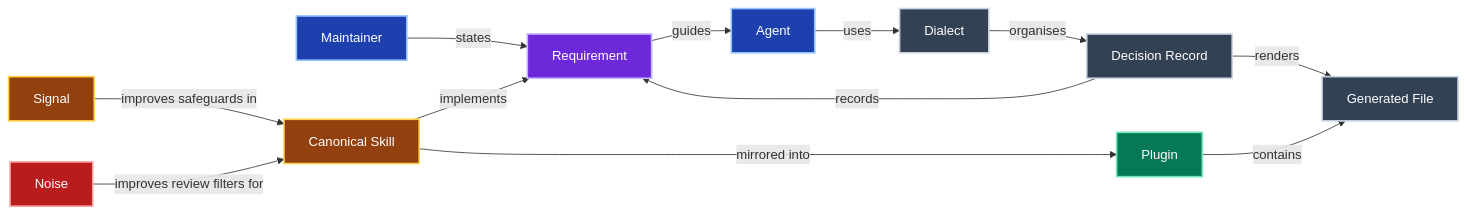
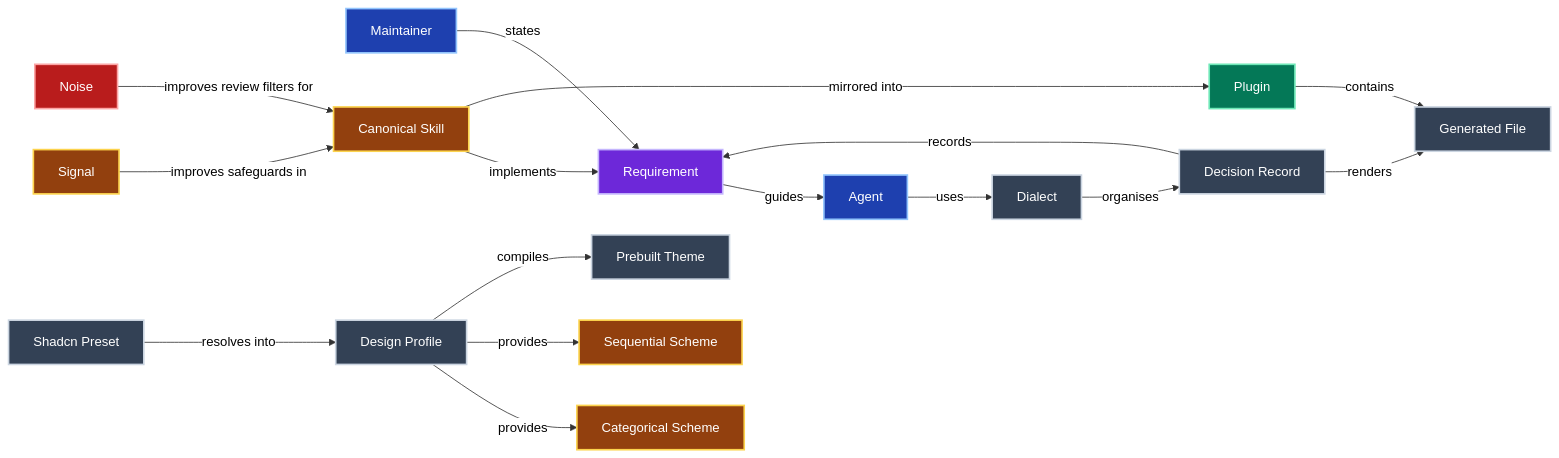
Before and after one commit to jpeakai/skills: the diagram in GLOSSARY.md, drawn with Mermaid. The commit also changed other lines of this file and 246 other files, not shown here.

Commit message:
feat: generate design profiles and unify diagram theming

````diff
--- a/GLOSSARY.md
+++ b/GLOSSARY.md
@@ -8,30 +8,45 @@
 ```mermaid
+---
+config:
+  themeVariables:
+    textColor: '#010101'
+    edgeLabelBackground: '#ffffff'
+---
 flowchart LR
     M["Maintainer"]:::people
     R["Requirement"]:::rule
     A["Agent"]:::people
     D["Dialect"]:::record
     DR["Decision Record"]:::record
     CS["Canonical Skill"]:::info
     P["Plugin"]:::pipeline
     GF["Generated File"]:::record
     S["Signal"]:::info
     N["Noise"]:::forbidden
+    SP["Shadcn Preset"]:::record
+    DP["Design Profile"]:::record
+    PT["Prebuilt Theme"]:::record
+    CAT["Categorical Scheme"]:::info
+    SEQ["Sequential Scheme"]:::info
     M -- states --> R
     R -- guides --> A
     A -- uses --> D
     D -- organises --> DR
     DR -->|records| R
     CS -- implements --> R
     CS -- mirrored into --> P
     P -- contains --> GF
     DR -- renders --> GF
     S -- improves safeguards in --> CS
     N -- improves review filters for --> CS
+    SP -- resolves into --> DP
+    DP -- provides --> CAT
+    DP -- provides --> SEQ
+    DP -- compiles --> PT
     classDef people fill:#1e40af,stroke:#93c5fd,color:#fff,stroke-width:2px
     classDef info fill:#92400e,stroke:#fcd34d,color:#fff,stroke-width:2px
     classDef rule fill:#6d28d9,stroke:#c4b5fd,color:#fff,stroke-width:2px
     classDef forbidden fill:#b91c1c,stroke:#fca5a5,color:#fff,stroke-width:2px
     classDef pipeline fill:#047857,stroke:#6ee7b7,color:#fff,stroke-width:2px
     classDef record fill:#334155,stroke:#cbd5e1,color:#fff,stroke-width:2px
 ```
````
